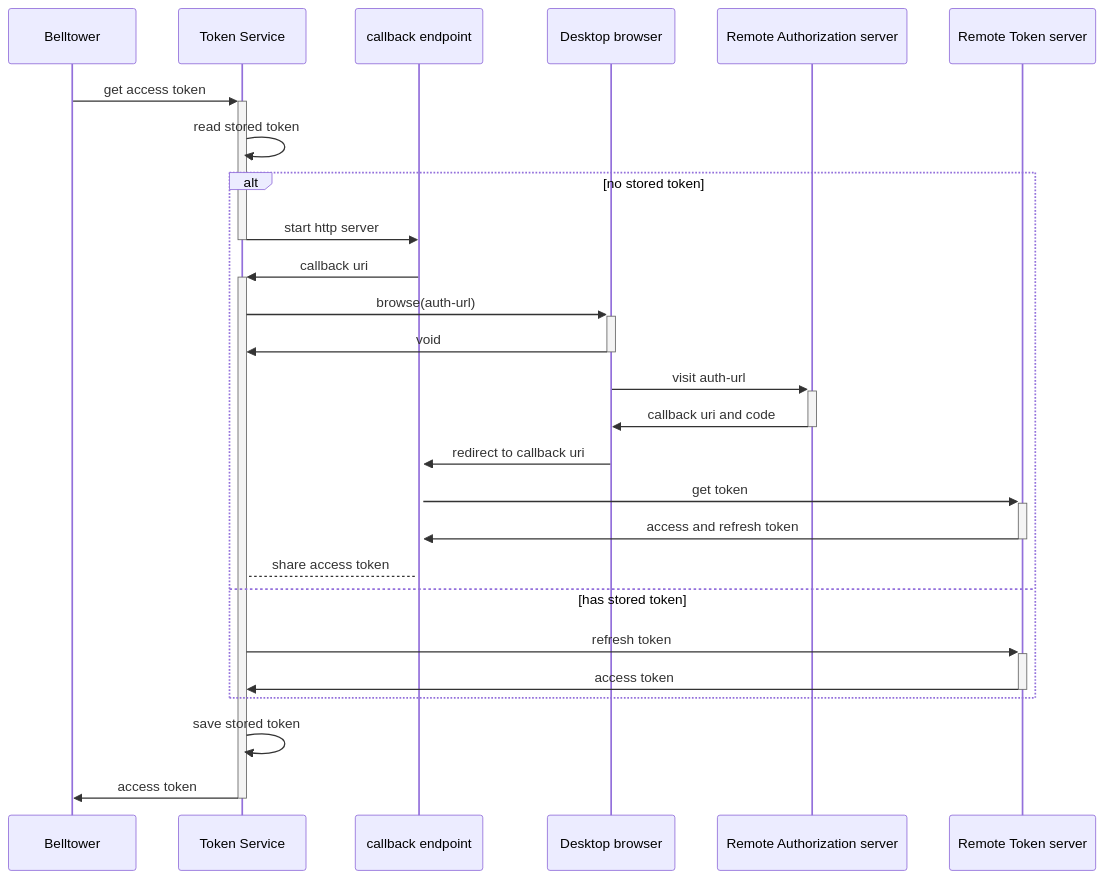
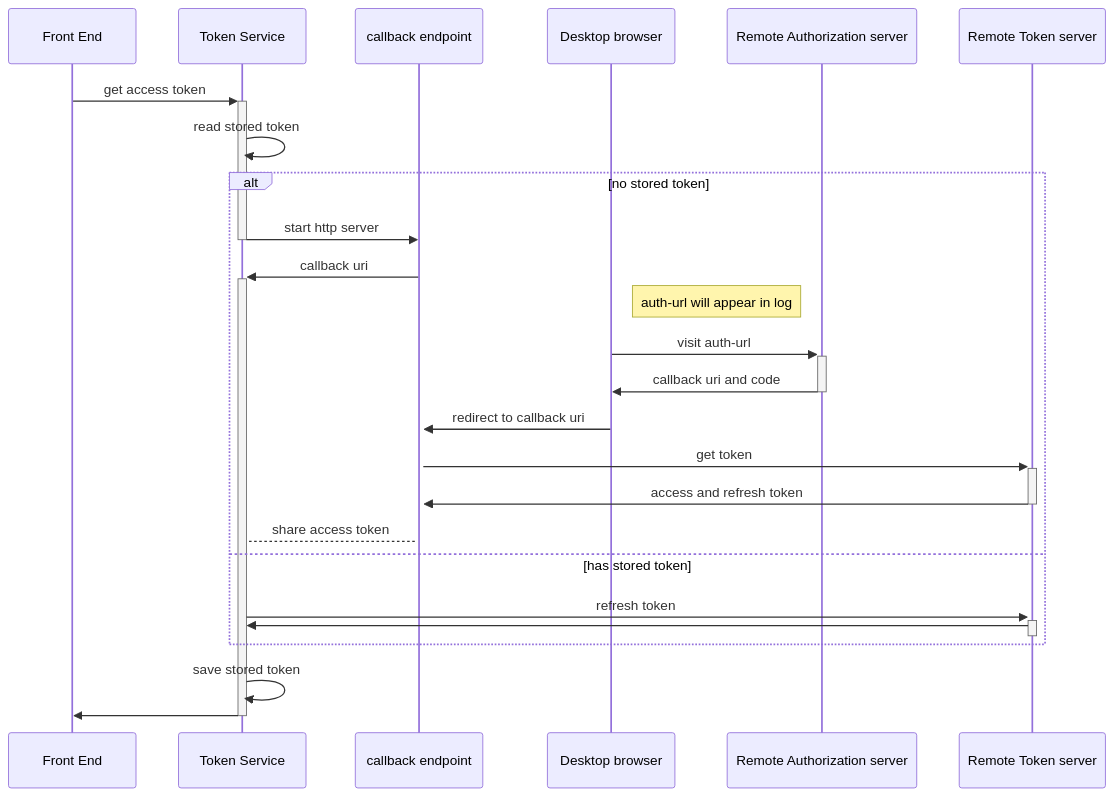
One commit to jjfraney/bells changed the third of 3 diagrams in server/README.md. Above: the diagram before and after it, drawn with Mermaid. The commit also changed other lines of this file and 7 other files, not shown here.

First line of the commit message:
Changes the browser which send auth-url.

````diff
--- a/server/README.md
+++ b/server/README.md
@@ -390,22 +391,21 @@
 ```mermaid
 sequenceDiagram
-  Belltower ->>+ Token Service: get access token
+  Front End ->>+ Token Service: get access token
   Token Service ->> Token Service: read stored token
   alt no stored token
   Token Service ->>- callback endpoint: start http server
   callback endpoint ->>+ Token Service: callback uri
-  Token Service ->>+Desktop browser: browse(auth-url)
-  Desktop browser ->>- Token Service: void
+  Note right of Desktop browser: auth-url will appear in log
   Desktop browser ->>+ Remote Authorization server: visit auth-url
   Remote Authorization server ->>- Desktop browser: callback uri and code
   Desktop browser ->>+ callback endpoint: redirect to callback uri
   callback endpoint ->>+ Remote Token server: get token
   Remote Token server ->>- callback endpoint: access and refresh token
   callback endpoint --> Token Service: share access token
   else has stored token
   Token Service ->>+ Remote Token server: refresh token
-  Remote Token server ->>- Token Service: access token
+  Remote Token server ->>- Token Service: 
   end
   Token Service ->> Token Service: save stored token
-  Token Service ->>- Belltower: access token
+  Token Service ->>- Front End: 
 ```
````
